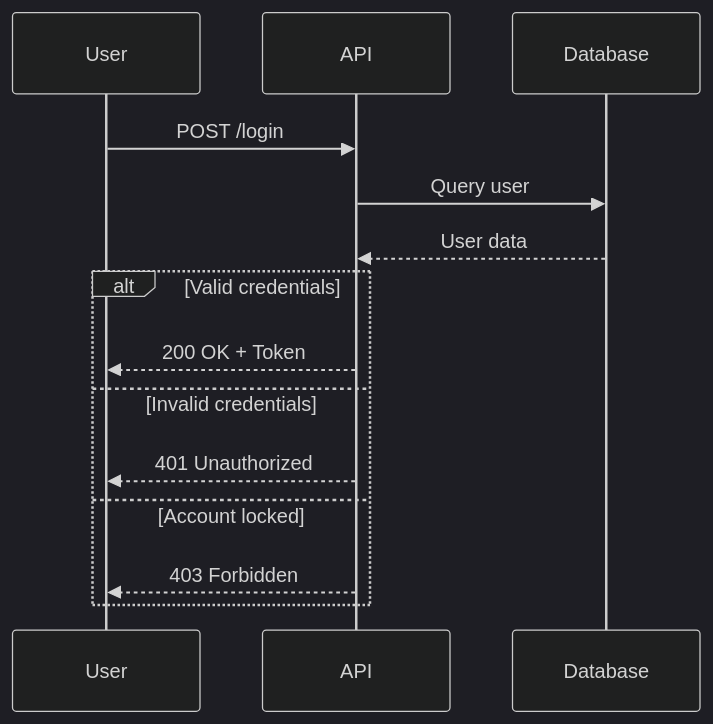
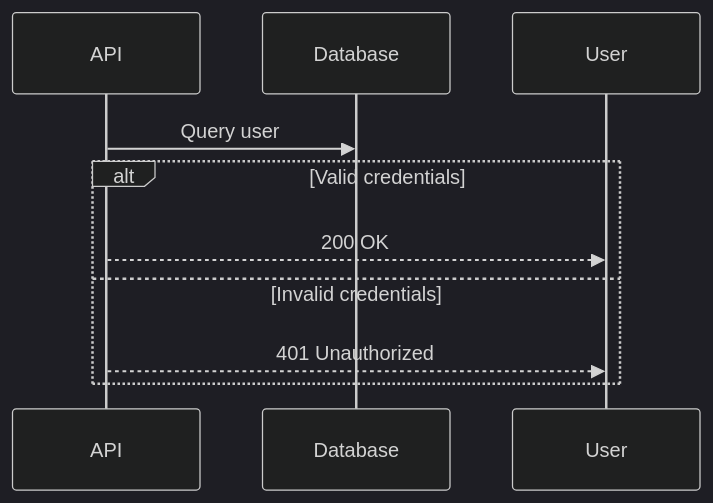
The third of 10 diagrams in plugins/general/skills/mermaid-diagrams/references/sequence-diagrams.md (el-feo/ai-context), drawn with Mermaid (dark theme) before and after one commit. The commit also changed other lines of this file and 8 other files, not shown here.

First line of the commit message:
refactor(general): reduce mermaid-diagrams SKILL.md and trim oversized references (#207)

````diff
--- a/plugins/general/skills/mermaid-diagrams/references/sequence-diagrams.md
+++ b/plugins/general/skills/mermaid-diagrams/references/sequence-diagrams.md
@@ -76,14 +42,9 @@
 ```mermaid
 sequenceDiagram
-    User->>API: POST /login
     API->>Database: Query user
-    Database-->>API: User data
-    
     alt Valid credentials
-        API-->>User: 200 OK + Token
+        API-->>User: 200 OK
     else Invalid credentials
         API-->>User: 401 Unauthorized
-    else Account locked
-        API-->>User: 403 Forbidden
     end
 ```
````
